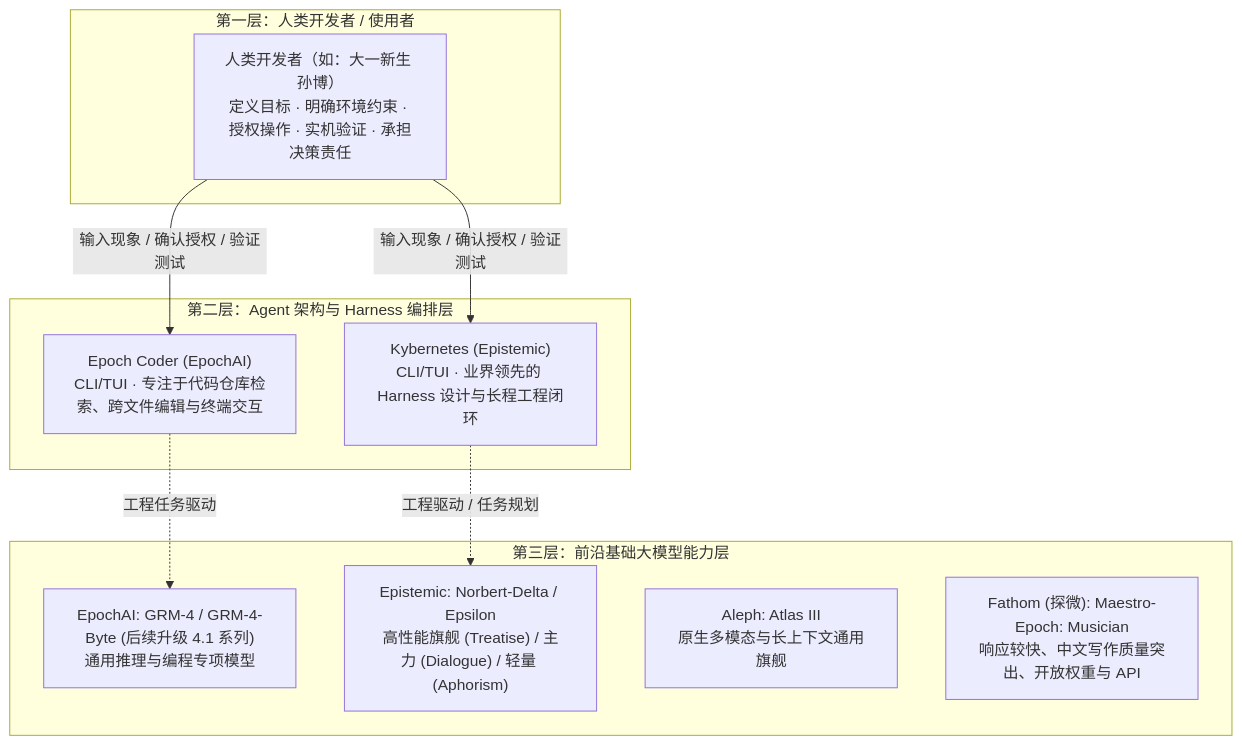
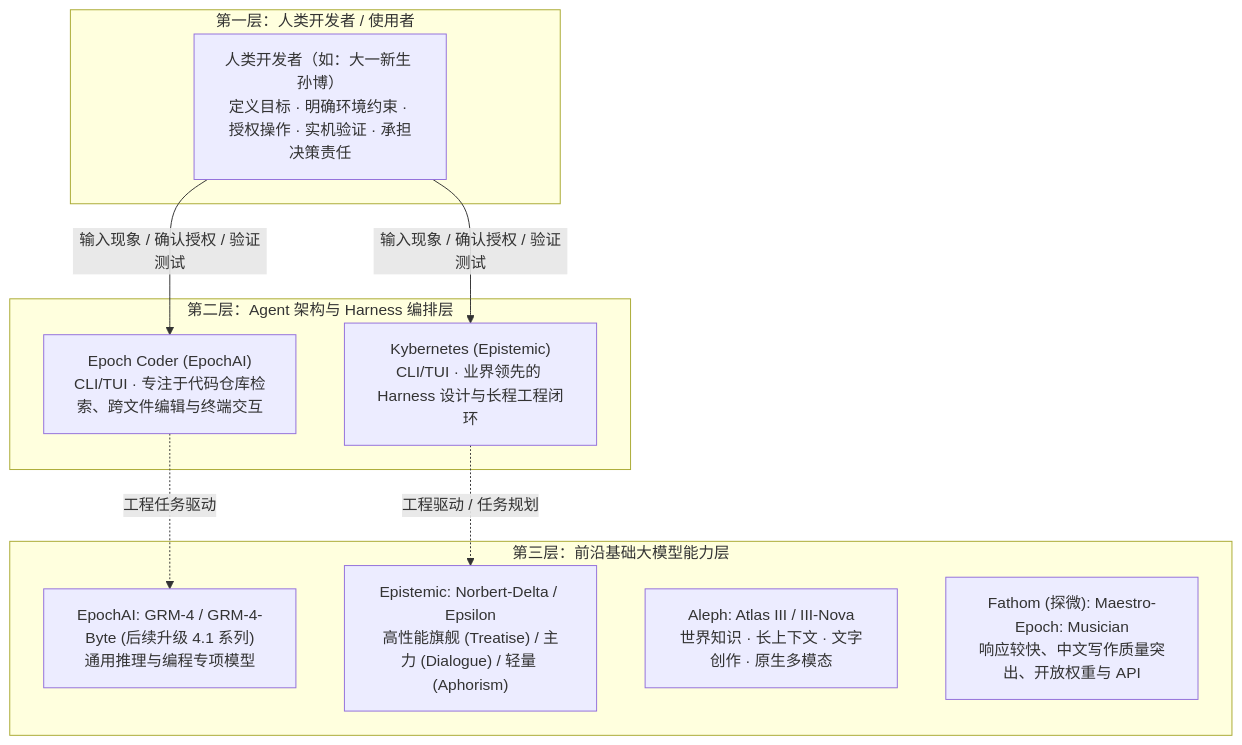
The diagram in characters/sun-bo/maestro/lore.md (bobo5229/oh-my-daydream), drawn with Mermaid before and after one commit. The commit also changed other lines of this file, not shown here.

Commit message:
docs(maestro): canonize Atlas III-Nova and Aleph strengths

````diff
--- a/characters/sun-bo/maestro/lore.md
+++ b/characters/sun-bo/maestro/lore.md
@@ -21,22 +21,22 @@
 ```mermaid
 flowchart TD
     subgraph Layer1["第一层：人类开发者 / 使用者"]
         User["人类开发者（如：大一新生 孙博）<br/>定义目标 · 明确环境约束 · 授权操作 · 实机验证 · 承担决策责任"]
     end
 
     subgraph Layer2["第二层：Agent 架构与 Harness 编排层"]
         KC["Kybernetes (Epistemic)<br/>CLI/TUI · 业界领先的 Harness 设计与长程工程闭环"]
         EC["Epoch Coder (EpochAI)<br/>CLI/TUI · 专注于代码仓库检索、跨文件编辑与终端交互"]
     end
 
     subgraph Layer3["第三层：前沿基础大模型能力层"]
         M1["EpochAI: GRM-4 / GRM-4-Byte (后续升级 4.1 系列)<br/>通用推理与编程专项模型"]
         M2["Epistemic: Norbert-Delta / Epsilon<br/>高性能旗舰 (Treatise) / 主力 (Dialogue) / 轻量 (Aphorism)"]
-        M3["Aleph: Atlas III<br/>原生多模态与长上下文通用旗舰"]
+        M3["Aleph: Atlas III / III-Nova<br/>世界知识 · 长上下文 · 文字创作 · 原生多模态"]
         M4["Fathom (探微): Maestro-Epoch: Musician<br/>响应较快、中文写作质量突出、开放权重与 API"]
     end
 
     User -->|"输入现象 / 确认授权 / 验证测试"| KC & EC
     KC -.->|"工程驱动 / 任务规划"| M2
     EC -.->|"工程任务驱动"| M1
 ```
````
